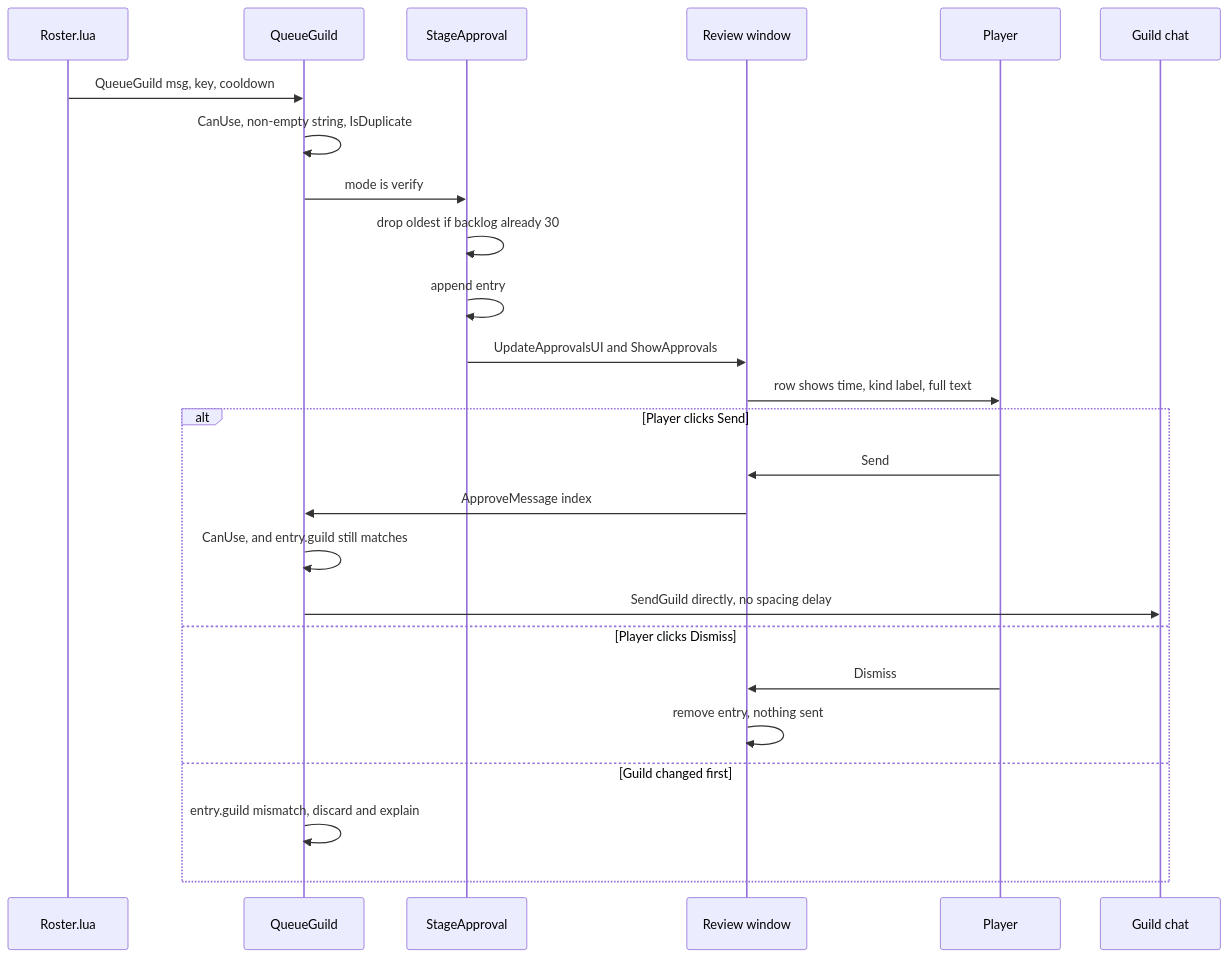
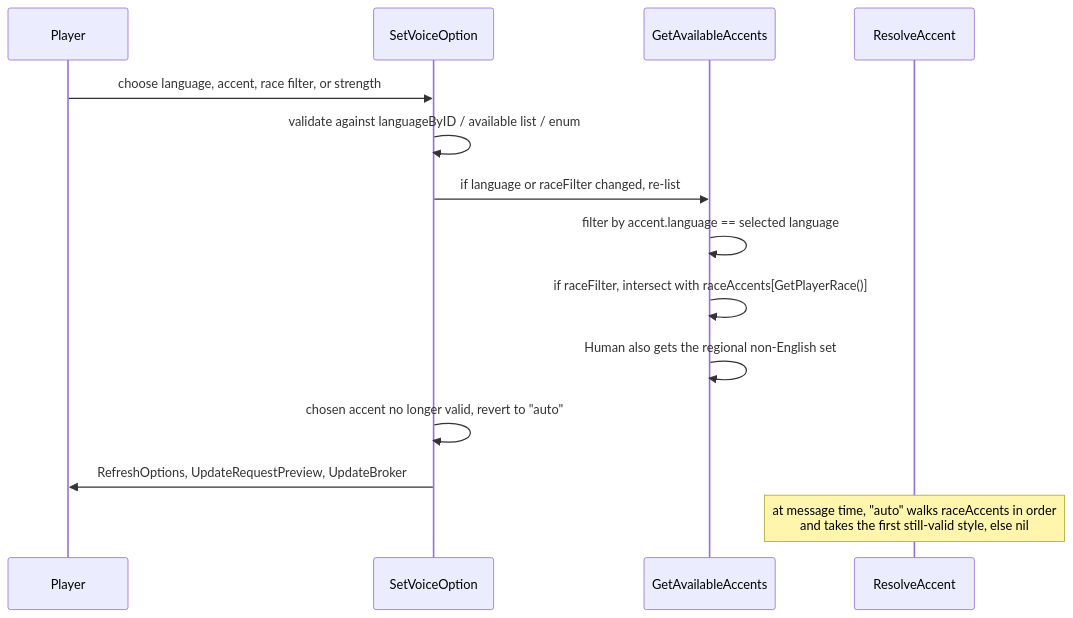
The third of 5 diagrams in aidlc-docs/inception/reverse-engineering/architecture.md (mreillyorg/ForeverGuildComms), drawn with Mermaid before and after one commit. The commit also changed other lines of this file and 22 other files, not shown here.

````diff
--- a/aidlc-docs/inception/reverse-engineering/architecture.md
+++ b/aidlc-docs/inception/reverse-engineering/architecture.md
@@ -304,28 +301,17 @@
 ```mermaid
 sequenceDiagram
-    participant R as Roster.lua
-    participant Q as QueueGuild
-    participant S as StageApproval
-    participant U as Review window
     participant P as Player
-    participant G as Guild chat
+    participant S as SetVoiceOption
+    participant A as GetAvailableAccents
+    participant RP as ResolveAccent
 
-    R->>Q: QueueGuild msg, key, cooldown
-    Q->>Q: CanUse, non-empty string, IsDuplicate
-    Q->>S: mode is verify
-    S->>S: drop oldest if backlog already 30
-    S->>S: append entry
-    S->>U: UpdateApprovalsUI and ShowApprovals
-    U->>P: row shows time, kind label, full text
-    alt Player clicks Send
-        P->>U: Send
-        U->>Q: ApproveMessage index
-        Q->>Q: CanUse, and entry.guild still matches
-        Q->>G: SendGuild directly, no spacing delay
-    else Player clicks Dismiss
-        P->>U: Dismiss
-        U->>U: remove entry, nothing sent
-    else Guild changed first
-        Q->>Q: entry.guild mismatch, discard and explain
-    end
+    P->>S: choose language, accent, race filter, or strength
+    S->>S: validate against languageByID / available list / enum
+    S->>A: if language or raceFilter changed, re-list
+    A->>A: filter by accent.language == selected language
+    A->>A: if raceFilter, intersect with raceAccents[GetPlayerRace()]
+    A->>A: Human also gets the regional non-English set
+    S->>S: chosen accent no longer valid, revert to "auto"
+    S->>P: RefreshOptions, UpdateRequestPreview, UpdateBroker
+    Note over RP: at message time, "auto" walks raceAccents in order<br/>and takes the first still-valid style, else nil
 ```
````
